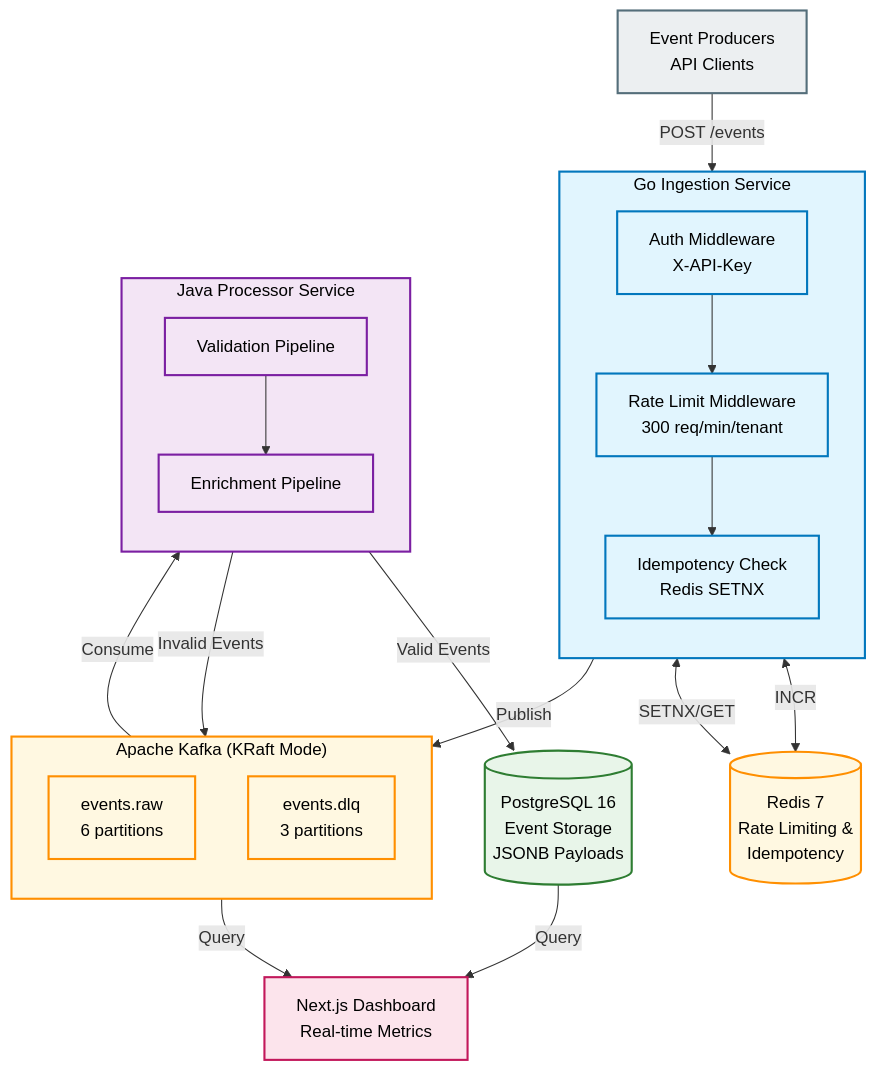
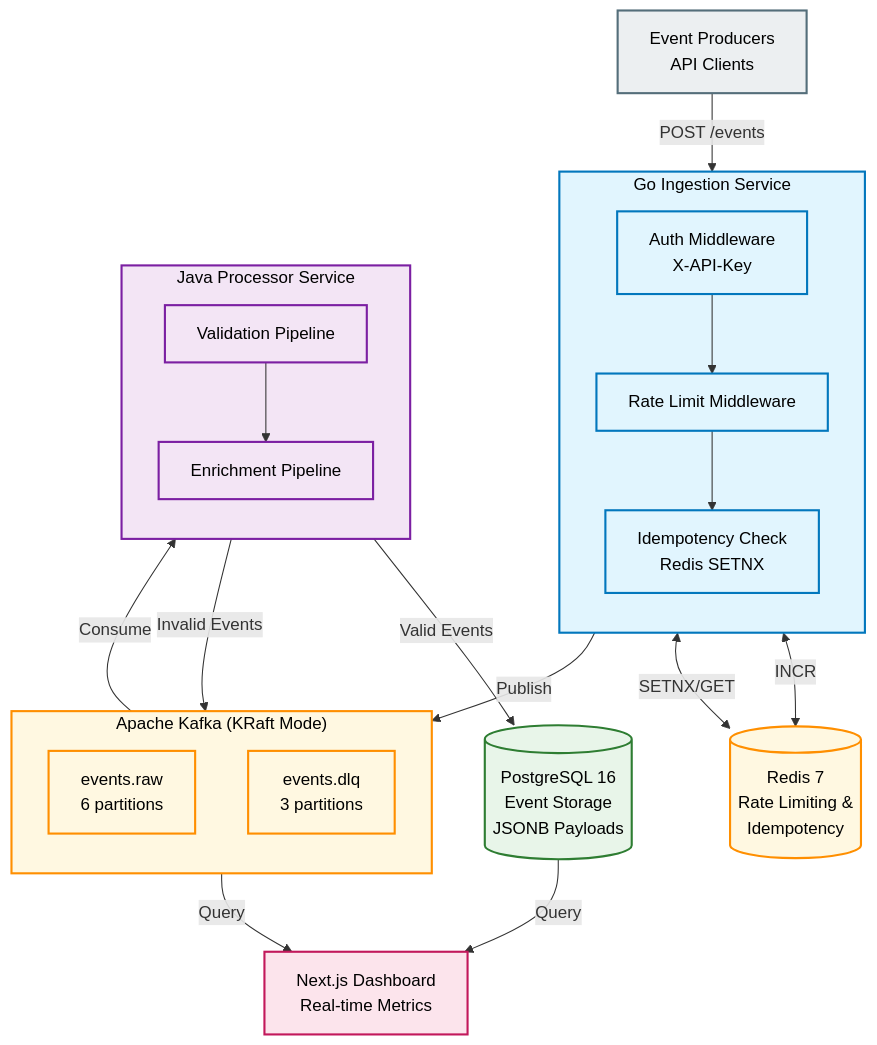
Before and after one commit to AnishK05/pulse-event-platform: the diagram in README.md, drawn with Mermaid. The commit also changed other lines of this file, not shown here.

````diff
--- a/README.md
+++ b/README.md
@@ -26,77 +26,77 @@
 ```mermaid
 flowchart TD
     %% --- GLOBAL STYLING ---
     %% All text colors forced to #000 (Black)
 
     %% 1. Source Layer (Grey)
     classDef source fill:#ECEFF1,stroke:#546E7A,stroke-width:2px,color:#000
     
     %% 2. Ingestion Compute Layer (Blue)
     classDef ingest fill:#E1F5FE,stroke:#0277BD,stroke-width:2px,color:#000
     style Ingest fill:#E1F5FE,stroke:#0277BD,stroke-width:2px,color:#000
 
     %% 3. Infrastructure/Queuing Layer (Amber)
     classDef infra fill:#FFF8E1,stroke:#FF8F00,stroke-width:2px,color:#000
     style Kafka fill:#FFF8E1,stroke:#FF8F00,stroke-width:2px,color:#000
 
     %% 4. Processing Compute Layer (Purple)
     classDef process fill:#F3E5F5,stroke:#7B1FA2,stroke-width:2px,color:#000
     style Processor fill:#F3E5F5,stroke:#7B1FA2,stroke-width:2px,color:#000
 
     %% 5. Persistence Layer (Green)
     classDef db fill:#E8F5E9,stroke:#2E7D32,stroke-width:2px,color:#000
 
     %% 6. Presentation Layer (Pink)
     classDef view fill:#FCE4EC,stroke:#C2185B,stroke-width:2px,color:#000
 
     %% --- NODES & SUBGRAPHS ---
     
     Producers[Event Producers<br/>API Clients]:::source
 
     subgraph Ingest["Go Ingestion Service"]
         direction TB
         Auth[Auth Middleware<br/>X-API-Key]:::ingest
-        RateLimit[Rate Limit Middleware<br/>300 req/min/tenant]:::ingest
+        RateLimit[Rate Limit Middleware<br/>]:::ingest
         Idempotency[Idempotency Check<br/>Redis SETNX]:::ingest
         
         Auth --> RateLimit --> Idempotency
     end
     
     Redis[(Redis 7<br/>Rate Limiting &<br/>Idempotency)]:::infra
 
     subgraph Kafka["Apache Kafka (KRaft Mode)"]
         direction TB
         RawTopic[events.raw<br/>6 partitions]:::infra
         DLQTopic[events.dlq<br/>3 partitions]:::infra
     end
     
     subgraph Processor["Java Processor Service"]
         direction TB
         Validation[Validation Pipeline]:::process
         Enrichment[Enrichment Pipeline]:::process
         
         Validation --> Enrichment
     end
     
     Postgres[(PostgreSQL 16<br/>Event Storage<br/>JSONB Payloads)]:::db
     Dashboard[Next.js Dashboard<br/>Real-time Metrics]:::view
     
     %% --- CONNECTIONS ---
     Producers -->|POST /events| Auth
     
     %% Redis Interactions
     RateLimit <-->|INCR| Redis
     Idempotency <-->|SETNX/GET| Redis
     
     %% Messaging Flow
     Idempotency -->|Publish| RawTopic
     RawTopic -->|Consume| Validation
     
     %% Processing Flow
     Enrichment -->|Valid Events| Postgres
     Enrichment -->|Invalid Events| DLQTopic
     
     %% Dashboard Data Source
     Postgres -->|Query| Dashboard
     DLQTopic -->|Query| Dashboard
 ```
````
